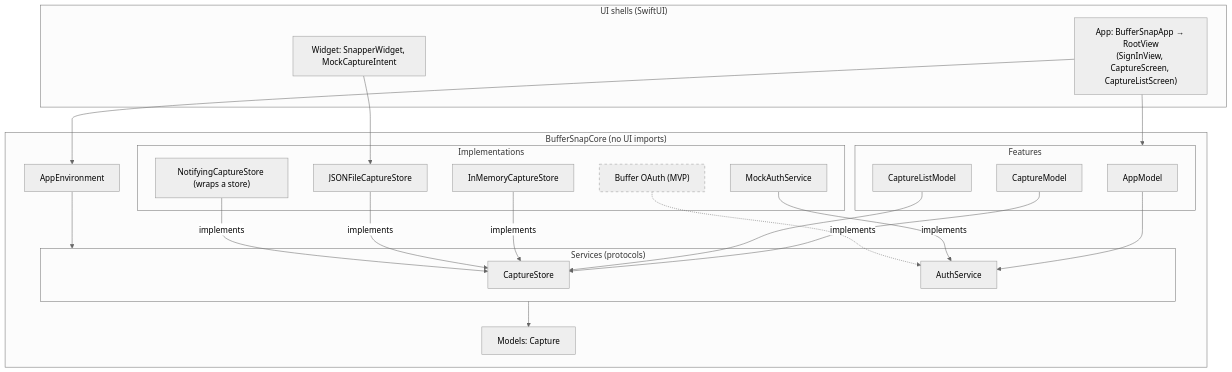
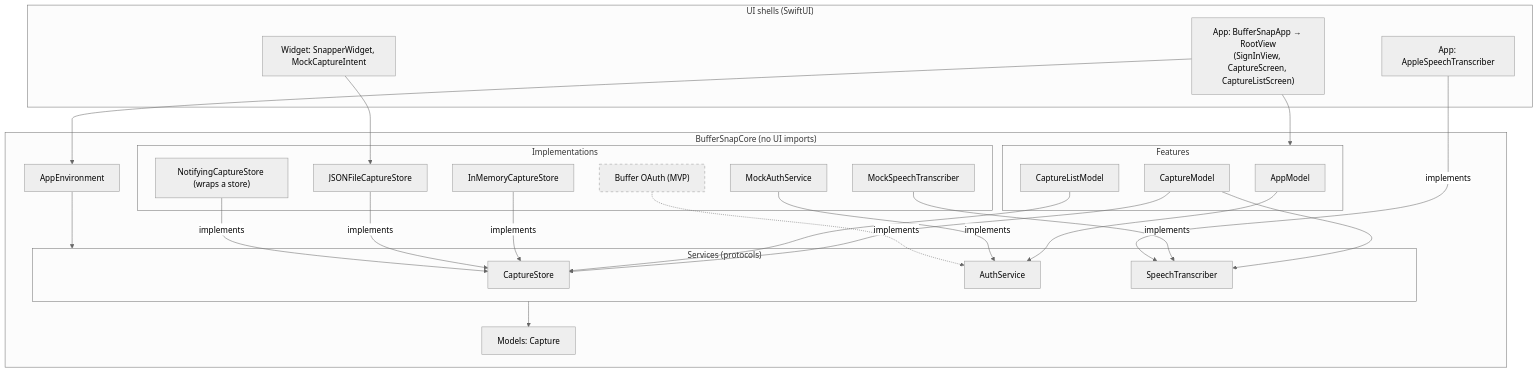
One commit to southp/buffer-snap changed the first of 2 diagrams in docs/architecture.md. Above: the diagram before and after it, drawn with Mermaid (neutral theme). The commit also changed other lines of this file and 1 other file, not shown here.

First line of the commit message:
Docs: Record dictation's over-limit rule and its place in the architecture

````diff
--- a/docs/architecture.md
+++ b/docs/architecture.md
@@ -28,45 +29,51 @@
 ```mermaid
 flowchart TD
     subgraph shells["UI shells (SwiftUI)"]
         App["App: BufferSnapApp → RootView<br/>(SignInView, CaptureScreen, CaptureListScreen)"]
+        AppleSpeech["App: AppleSpeechTranscriber"]
         Widget["Widget: SnapperWidget, MockCaptureIntent"]
     end
 
     subgraph core["BufferSnapCore (no UI imports)"]
         Env["AppEnvironment"]
         subgraph features["Features"]
             AppModel["AppModel"]
             CaptureModel["CaptureModel"]
             CaptureListModel["CaptureListModel"]
         end
         subgraph services["Services (protocols)"]
             CaptureStore["CaptureStore"]
             AuthService["AuthService"]
+            SpeechTranscriber["SpeechTranscriber"]
         end
         subgraph impls["Implementations"]
             InMemory["InMemoryCaptureStore"]
             MockAuth["MockAuthService"]
+            MockSpeech["MockSpeechTranscriber"]
             FileStore["JSONFileCaptureStore"]
             Notifying["NotifyingCaptureStore (wraps a store)"]
             OAuth["Buffer OAuth (MVP)"]
         end
         Capture["Models: Capture"]
     end
 
     App --> Env
     App --> features
     Widget --> FileStore
     Env --> services
     AppModel --> AuthService
     CaptureModel --> CaptureStore
+    CaptureModel --> SpeechTranscriber
     CaptureListModel --> CaptureStore
     InMemory -->|implements| CaptureStore
     FileStore -->|implements| CaptureStore
     Notifying -->|implements| CaptureStore
     MockAuth -->|implements| AuthService
+    MockSpeech -->|implements| SpeechTranscriber
+    AppleSpeech -->|implements| SpeechTranscriber
     OAuth -.->|implements| AuthService
     services --> Capture
 
     classDef planned stroke-dasharray: 5 5
     class OAuth planned
 ```
````
